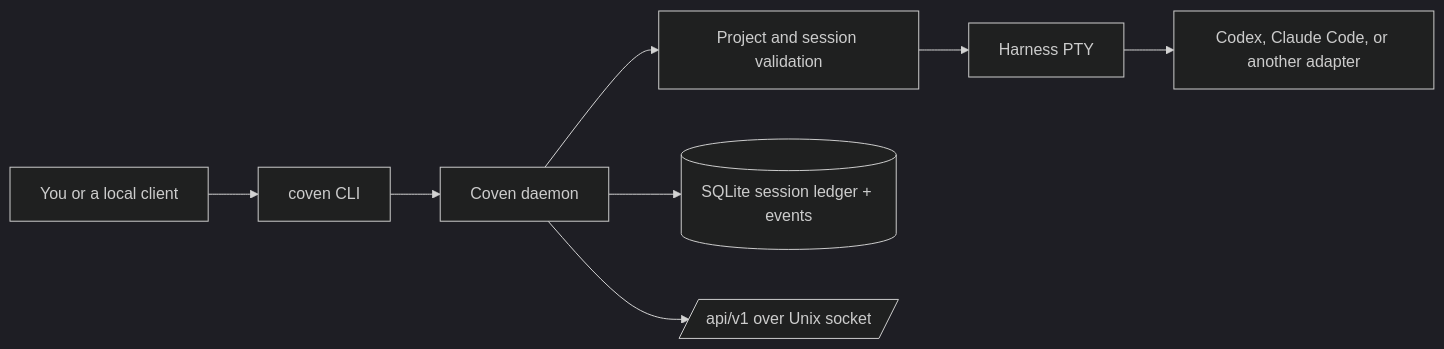
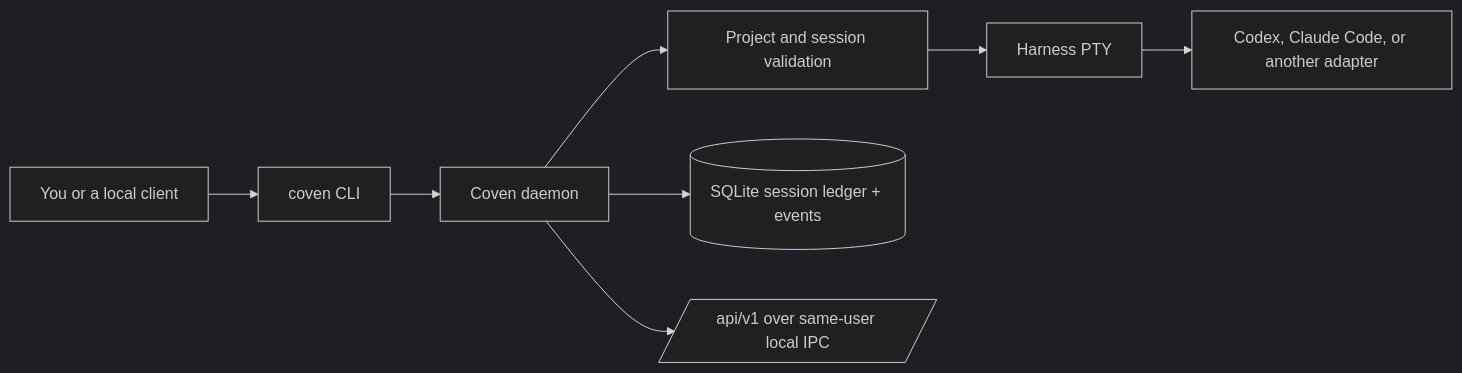
One commit to OpenCoven/coven-docs changed the diagram in content/docs/guide/architecture.mdx. Above: the diagram before and after it, drawn with Mermaid (dark theme). The commit also changed 27 other files, not shown here.

````diff
--- a/content/docs/guide/architecture.mdx
+++ b/content/docs/guide/architecture.mdx
@@ -6,10 +6,10 @@
 ```mermaid
 flowchart LR
   User[You or a local client] --> CLI[coven CLI]
   CLI --> Daemon[Coven daemon]
   Daemon --> Guard[Project and session validation]
   Guard --> PTY[Harness PTY]
   PTY --> Harness[Codex, Claude Code, or another adapter]
   Daemon --> Ledger[(SQLite session ledger + events)]
-  Daemon --> API[/api/v1 over Unix socket/]
+  Daemon --> API[/api/v1 over same-user local IPC/]
 ```
````
